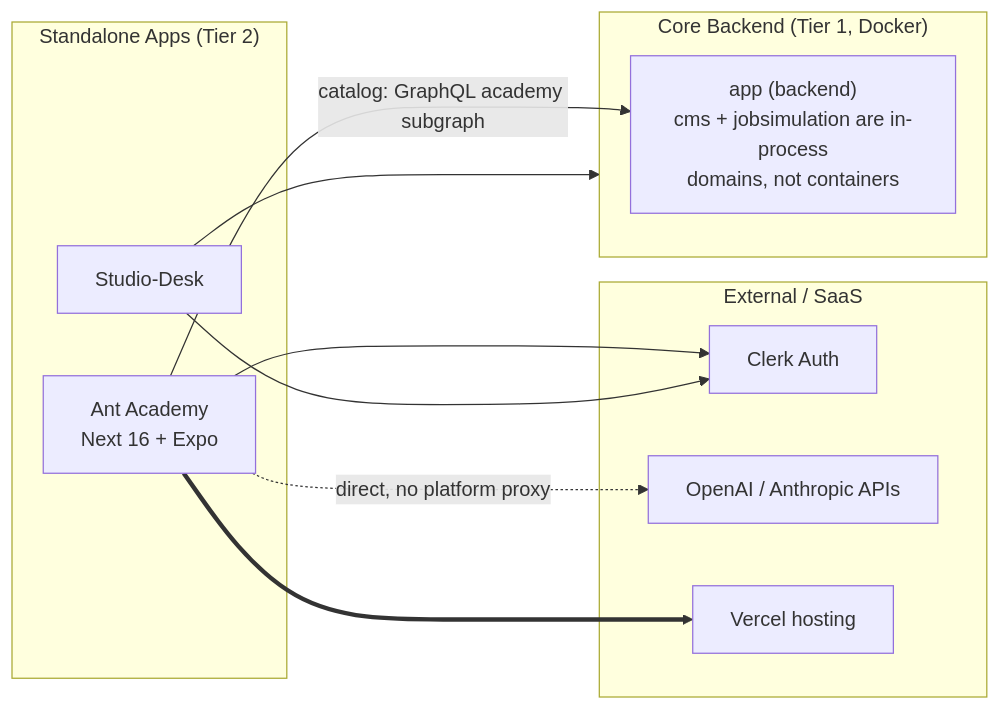
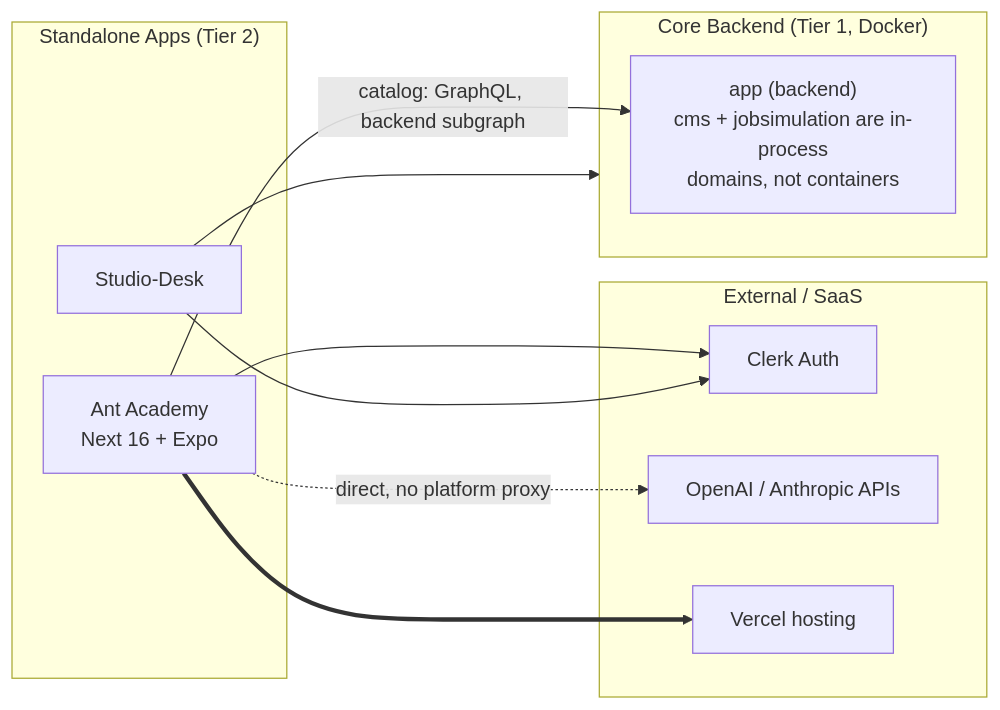
One commit to anthropos-work/rosetta changed the diagram in corpus/services/ant-academy.md. Above: the diagram before and after it, drawn with Mermaid. The commit also changed other lines of this file and 22 other files, not shown here.

````diff
--- a/corpus/services/ant-academy.md
+++ b/corpus/services/ant-academy.md
@@ -93,24 +93,24 @@
 ```mermaid
 graph LR
     subgraph External["External / SaaS"]
         Clerk[Clerk Auth]
         OpenAI[OpenAI / Anthropic APIs]
         Vercel[Vercel hosting]
     end
 
     subgraph Standalone["Standalone Apps (Tier 2)"]
         Academy[Ant Academy<br/>Next 16 + Expo]
         Desk[Studio-Desk]
     end
 
     subgraph Core["Core Backend (Tier 1, Docker)"]
         App["app (backend)<br/>cms + jobsimulation are in-process<br/>domains, not containers"]
     end
 
     Academy --> Clerk
-    Academy -->|catalog: GraphQL academy subgraph| App
+    Academy -->|catalog: GraphQL, backend subgraph| App
     Academy -.->|direct, no platform proxy| OpenAI
     Academy ==> Vercel
     Desk --> Clerk
     Desk --> Core
 ```
````
